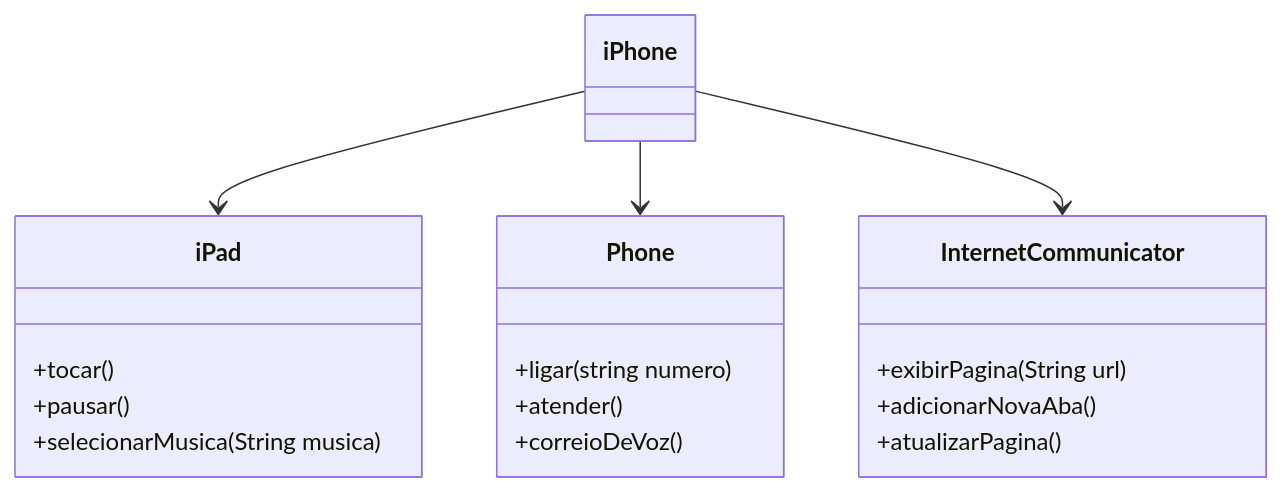
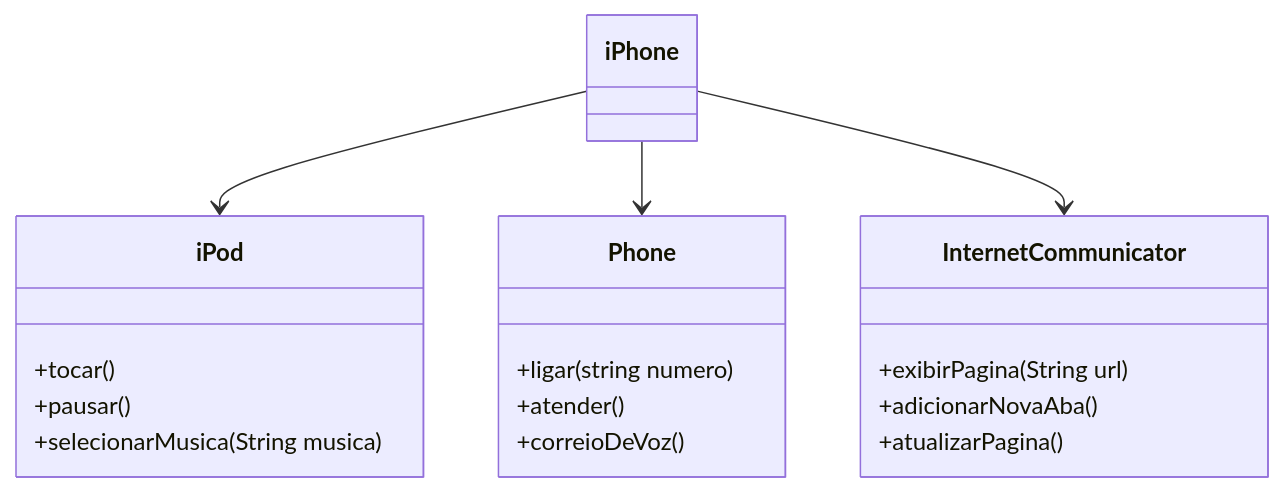
Before and after one commit to don-motta/dio-trilha-java-basico: the diagram in DesafioIPhone/UMLModel.md, drawn with Mermaid. The commit also changed 5 other files, not shown here.

````diff
--- a/DesafioIPhone/UMLModel.md
+++ b/DesafioIPhone/UMLModel.md
@@ -3,27 +3,27 @@
 ```mermaid
 classDiagram
-    class iPad {
+    class iPod {
         +tocar()
         +pausar()
         +selecionarMusica(String musica)
     }
 
     class Phone {
         +ligar(string numero)
         +atender()
         +correioDeVoz()
     }
 
     class InternetCommunicator {
         +exibirPagina(String url)
         +adicionarNovaAba()
         +atualizarPagina()
     }
 
     class iPhone {
     }
 
-    iPhone --> iPad
+    iPhone --> iPod
     iPhone --> Phone
     iPhone --> InternetCommunicator
 ```
````
